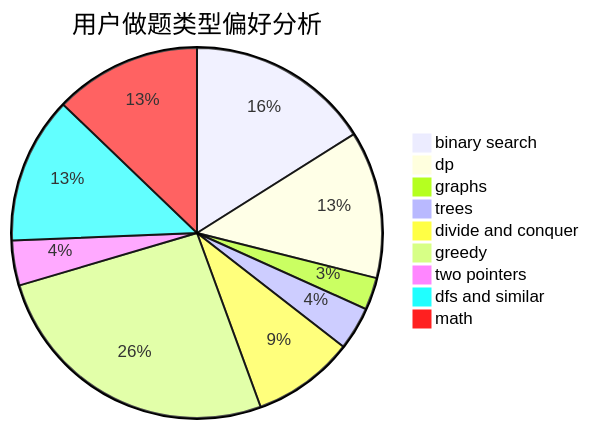
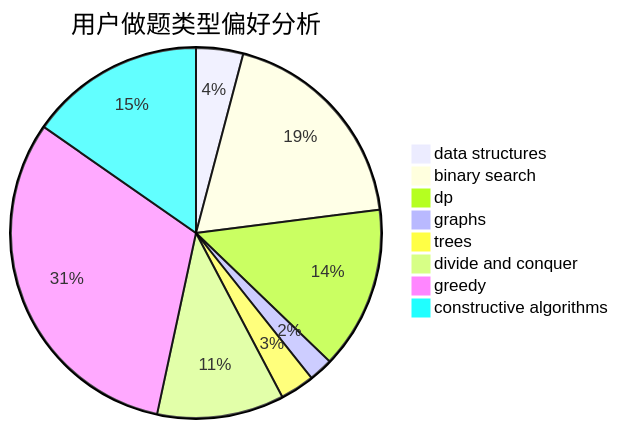
The second of 3 diagrams in docs/user/u1715.md (sherpahu/cfrs.github.io), drawn with Mermaid before and after one commit. The commit also changed other lines of this file and 2775 other files, not shown here.

````diff
--- a/docs/user/u1715.md
+++ b/docs/user/u1715.md
@@ -23,12 +23,11 @@
 ```mermaid
 pie title 用户做题类型偏好分析
-    "binary search" :  348
-    "dp" :  279
-    "graphs" :  61
-    "trees" :  82
-    "divide and conquer" :  193
-    "greedy" :  564
-    "two pointers" :  85
-    "dfs and similar" :  278
-    "math" :  278
+    "data structures" :  70
+    "binary search" :  322
+    "dp" :  242
+    "graphs" :  36
+    "trees" :  51
+    "divide and conquer" :  189
+    "greedy" :  534
+    "constructive algorithms" :  261
 ```
````
